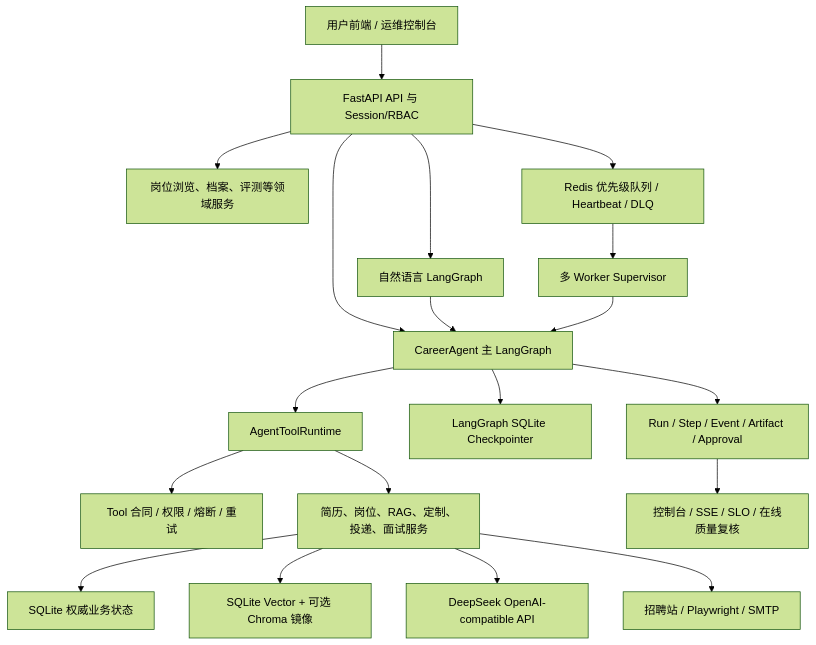
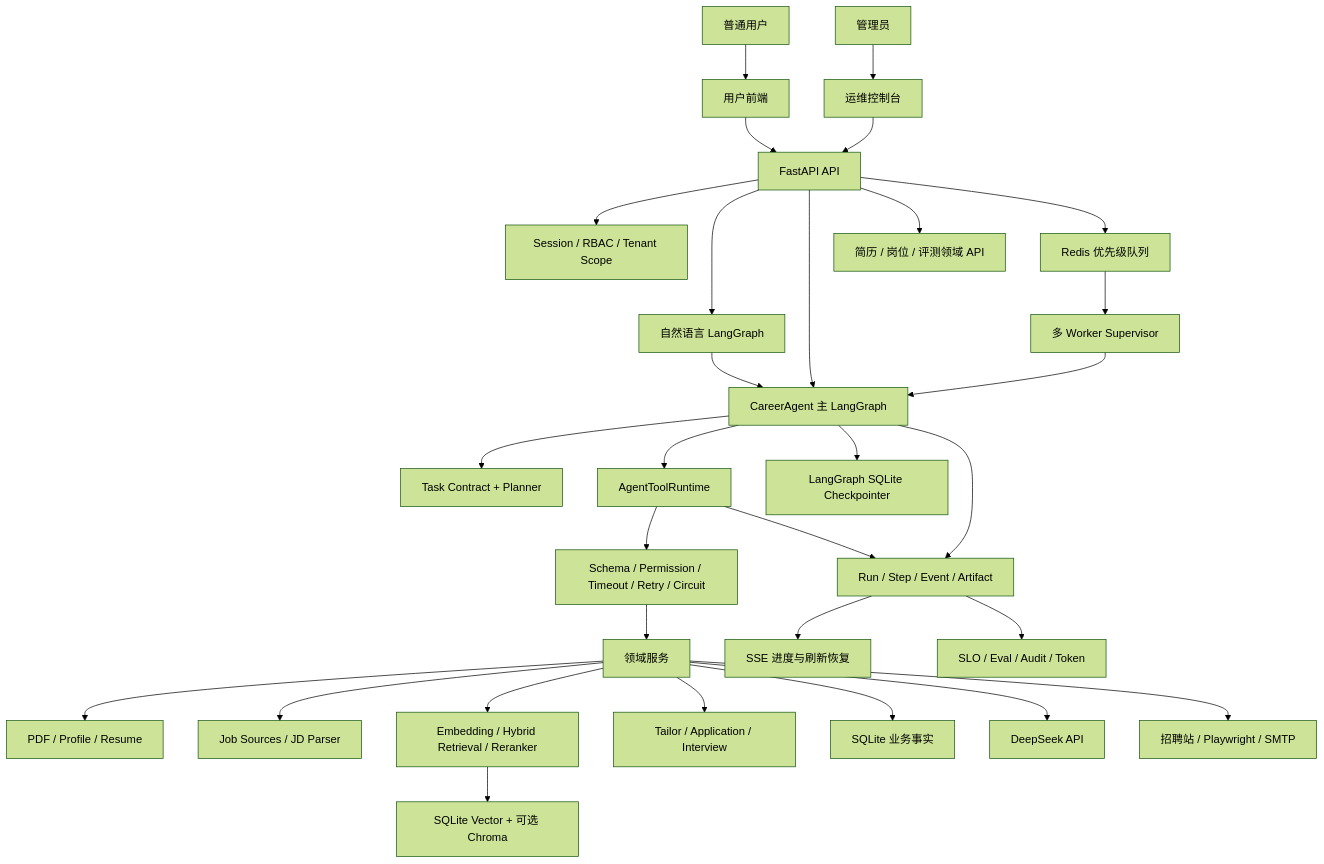
One commit to Yonhen233/CareerAgent changed the first of 4 diagrams in docs/CAREER_AGENT_SYSTEM_DESIGN_AND_EVALUATION.md. Above: the diagram before and after it, drawn with Mermaid (forest theme). The commit also changed other lines of this file and 1 other file, not shown here.

````diff
--- a/docs/CAREER_AGENT_SYSTEM_DESIGN_AND_EVALUATION.md
+++ b/docs/CAREER_AGENT_SYSTEM_DESIGN_AND_EVALUATION.md
@@ -83,21 +313,38 @@
 ```mermaid
 flowchart TB
-    UI["用户前端 / 运维控制台"] --> API["FastAPI API 与 Session/RBAC"]
+    USER["普通用户"] --> WEB["用户前端"]
+    OPSUSER["管理员"] --> OPS["运维控制台"]
+    WEB --> API["FastAPI API"]
+    OPS --> API
+
+    API --> AUTH["Session / RBAC / Tenant Scope"]
     API --> NL["自然语言 LangGraph"]
     API --> MAIN["CareerAgent 主 LangGraph"]
-    API --> DOMAIN["岗位浏览、档案、评测等领域服务"]
+    API --> DOMAIN["简历 / 岗位 / 评测领域 API"]
+
     NL --> MAIN
+    MAIN --> PLANNER["Task Contract + Planner"]
     MAIN --> RUNTIME["AgentToolRuntime"]
-    RUNTIME --> CONTRACT["Tool 合同 / 权限 / 熔断 / 重试"]
-    RUNTIME --> SERVICES["简历、岗位、RAG、定制、投递、面试服务"]
-    SERVICES --> SQL["SQLite 权威业务状态"]
-    SERVICES --> VECTOR["SQLite Vector + 可选 Chroma 镜像"]
-    SERVICES --> LLM["DeepSeek OpenAI-compatible API"]
+    RUNTIME --> POLICY["Schema / Permission / Timeout / Retry / Circuit"]
+    POLICY --> SERVICES["领域服务"]
+
+    SERVICES --> RESUME["PDF / Profile / Resume"]
+    SERVICES --> JOB["Job Sources / JD Parser"]
+    SERVICES --> RAG["Embedding / Hybrid Retrieval / Reranker"]
+    SERVICES --> OUTPUT["Tailor / Application / Interview"]
+
+    SERVICES --> SQLITE["SQLite 业务事实"]
+    RAG --> VECTOR["SQLite Vector + 可选 Chroma"]
+    SERVICES --> LLM["DeepSeek API"]
     SERVICES --> EXTERNAL["招聘站 / Playwright / SMTP"]
-    API --> REDIS["Redis 优先级队列 / Heartbeat / DLQ"]
+
+    API --> REDIS["Redis 优先级队列"]
     REDIS --> WORKER["多 Worker Supervisor"]
     WORKER --> MAIN
-    MAIN --> CHECKPOINT["LangGraph SQLite Checkpointer"]
-    MAIN --> TRACE["Run / Step / Event / Artifact / Approval"]
-    TRACE --> OPS["控制台 / SSE / SLO / 在线质量复核"]
+
+    MAIN --> CP["LangGraph SQLite Checkpointer"]
+    MAIN --> TRACE["Run / Step / Event / Artifact"]
+    RUNTIME --> TRACE
+    TRACE --> SSE["SSE 进度与刷新恢复"]
+    TRACE --> QUALITY["SLO / Eval / Audit / Token"]
 ```
````
